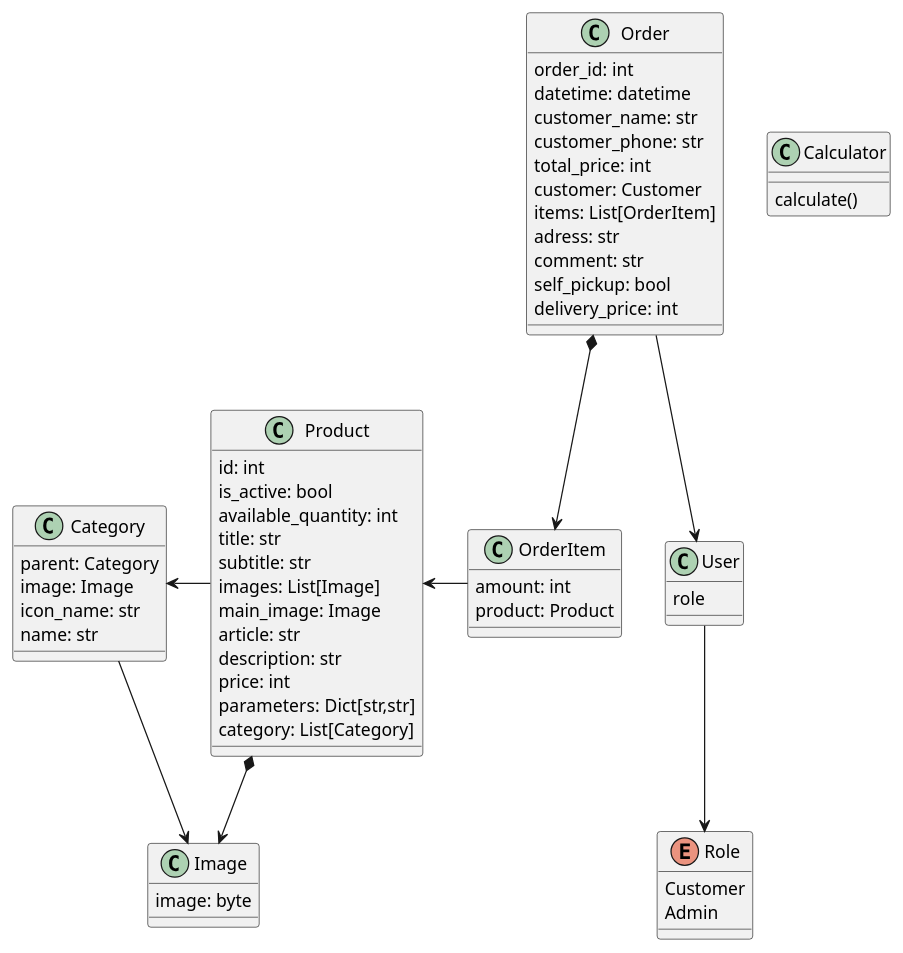
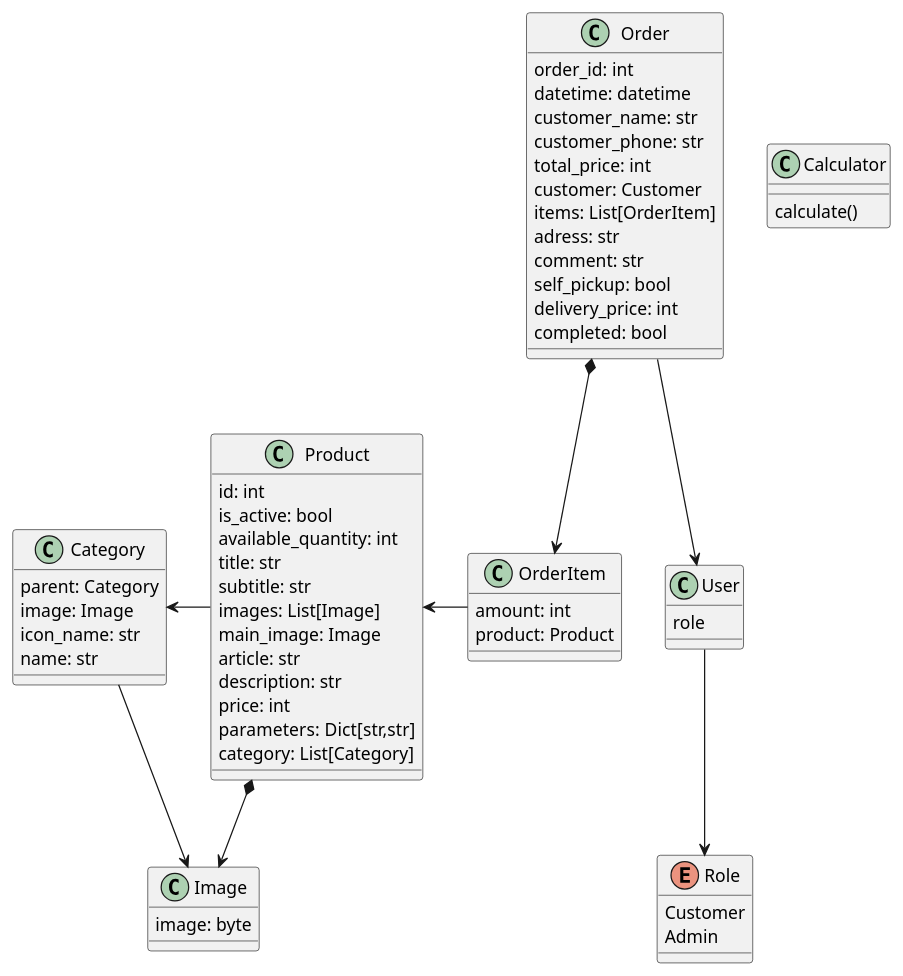
The diagram in uml/product.class.wsd (Dominus8/e-note.group), drawn with PlantUML before and after one commit. The commit also changed 1 other file, not shown here.

```diff
--- a/uml/product.class.wsd
+++ b/uml/product.class.wsd
@@ -1,68 +1,69 @@
 class Product{
     id: int
     is_active: bool
     available_quantity: int
     title: str
     subtitle: str
     images: List[Image]
     main_image: Image
     article: str
     description: str
     price: int
     parameters: Dict[str,str]
     category: List[Category]
 }
 
 class Image{
     image: byte
 }
 
 
 class Category{
     parent: Category
     image: Image
     icon_name: str
     name: str
 }
 
 class Order{
     order_id: int
     datetime: datetime
     customer_name: str
     customer_phone: str
     total_price: int
     customer: Customer
     items: List[OrderItem]
     adress: str
     comment: str
     self_pickup: bool
     delivery_price: int
+    completed: bool
 }
 
 class OrderItem{
     amount: int
     product: Product
 }
 
 class Calculator{
     calculate()
 }
 
 
 
 class User{
     role
 }
 
 enum Role{
     Customer
     Admin
 }
 
 User --> Role
 Product -left-> Category
     Category --> Image
 Product *--> Image
 Order --> User
 Order *--> OrderItem
     OrderItem -left-> Product
```
